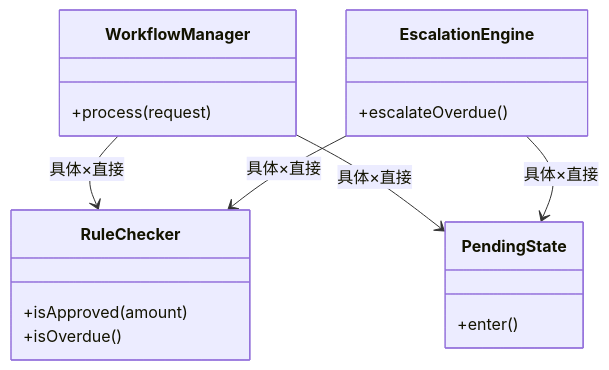
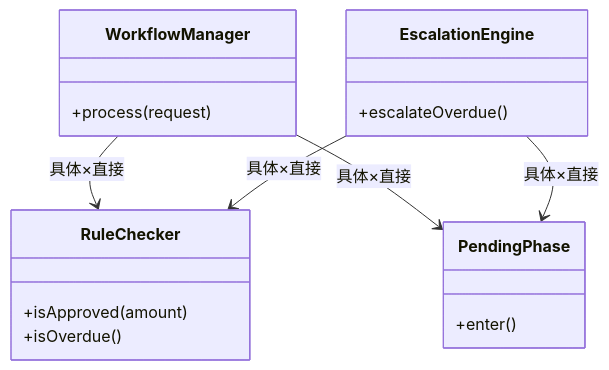
The fourth of 10 diagrams in kindle/design-patterns/output/chapter12.md (kumachan1101-pixel/DesignPattern), drawn with Mermaid before and after one commit. The commit also changed other lines of this file, not shown here.

````diff
--- a/kindle/design-patterns/output/chapter12.md
+++ b/kindle/design-patterns/output/chapter12.md
@@ -526,20 +526,20 @@
 ```mermaid
 classDiagram
     class WorkflowManager {
         +process(request)
     }
     class EscalationEngine {
         +escalateOverdue()
     }
     class RuleChecker {
         +isApproved(amount)
         +isOverdue()
     }
-    class PendingState {
+    class PendingPhase {
         +enter()
     }
     WorkflowManager --> RuleChecker : 具体×直接
-    WorkflowManager --> PendingState : 具体×直接
+    WorkflowManager --> PendingPhase : 具体×直接
     EscalationEngine --> RuleChecker : 具体×直接
-    EscalationEngine --> PendingState : 具体×直接
+    EscalationEngine --> PendingPhase : 具体×直接
 ```
````
